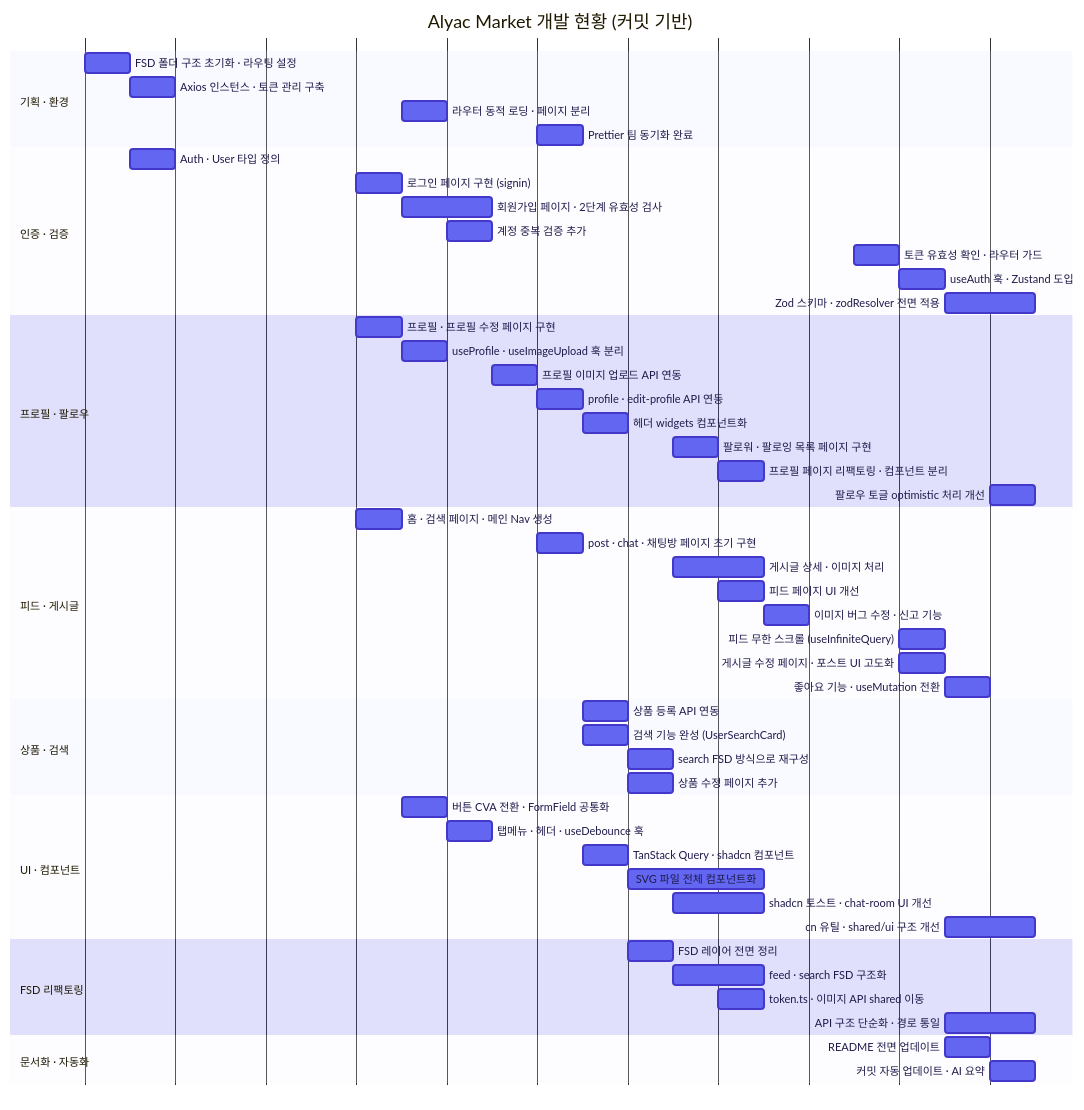
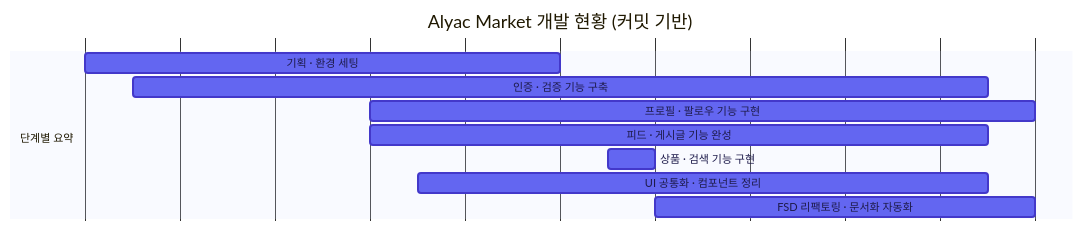
The first of 4 diagrams in README.md (3rd-project-team-1/ALYAC-market-team1), drawn with Mermaid before and after one commit.

Commit message:
docs: README 단계별 요약 섹션 추가 및 기존 내용 정리

````diff
--- a/README.md
+++ b/README.md
@@ -42,62 +42,12 @@
     dateFormat  YYYY-MM-DD
     axisFormat  %m/%d
 
-    section 기획 · 환경
-    FSD 폴더 구조 초기화 · 라우팅 설정     :done, g1, 2026-02-13, 1d
-    Axios 인스턴스 · 토큰 관리 구축        :done, g2, 2026-02-14, 1d
-    라우터 동적 로딩 · 페이지 분리         :done, g3, 2026-02-20, 1d
-    Prettier 팀 동기화 완료               :done, g4, 2026-02-23, 1d
-
-    section 인증 · 검증
-    Auth · User 타입 정의                  :done, a1, 2026-02-14, 1d
-    로그인 페이지 구현 (signin)            :done, a2, 2026-02-19, 1d
-    회원가입 페이지 · 2단계 유효성 검사    :done, a3, 2026-02-20, 2d
-    계정 중복 검증 추가                   :done, a4, 2026-02-21, 1d
-    토큰 유효성 확인 · 라우터 가드        :done, a5, 2026-03-02, 1d
-    useAuth 훅 · Zustand 도입             :done, a6, 2026-03-03, 1d
-    Zod 스키마 · zodResolver 전면 적용    :done, a7, 2026-03-04, 2d
-
-    section 프로필 · 팔로우
-    프로필 · 프로필 수정 페이지 구현      :done, p1, 2026-02-19, 1d
-    useProfile · useImageUpload 훅 분리  :done, p2, 2026-02-20, 1d
-    프로필 이미지 업로드 API 연동         :done, p3, 2026-02-22, 1d
-    profile · edit-profile API 연동      :done, p4, 2026-02-23, 1d
-    헤더 widgets 컴포넌트화              :done, p5, 2026-02-24, 1d
-    팔로워 · 팔로잉 목록 페이지 구현     :done, p6, 2026-02-26, 1d
-    프로필 페이지 리팩토링 · 컴포넌트 분리:done, p7, 2026-02-27, 1d
-    팔로우 토글 optimistic 처리 개선     :done, p8, 2026-03-05, 1d
-
-    section 피드 · 게시글
-    홈 · 검색 페이지 · 메인 Nav 생성     :done, f1, 2026-02-19, 1d
-    post · chat · 채팅방 페이지 초기 구현:done, f2, 2026-02-23, 1d
-    게시글 상세 · 이미지 처리            :done, f3, 2026-02-26, 2d
-    피드 페이지 UI 개선                  :done, f4, 2026-02-27, 1d
-    이미지 버그 수정 · 신고 기능         :done, f5, 2026-02-28, 1d
-    피드 무한 스크롤 (useInfiniteQuery)  :done, f6, 2026-03-03, 1d
-    게시글 수정 페이지 · 포스트 UI 고도화:done, f7, 2026-03-03, 1d
-    좋아요 기능 · useMutation 전환       :done, f8, 2026-03-04, 1d
-
-    section 상품 · 검색
-    상품 등록 API 연동                   :done, s1, 2026-02-24, 1d
-    검색 기능 완성 (UserSearchCard)      :done, s2, 2026-02-24, 1d
-    search FSD 방식으로 재구성           :done, s3, 2026-02-25, 1d
-    상품 수정 페이지 추가                :done, s4, 2026-02-25, 1d
-
-    section UI · 컴포넌트
-    버튼 CVA 전환 · FormField 공통화     :done, u1, 2026-02-20, 1d
-    탭메뉴 · 헤더 · useDebounce 훅      :done, u2, 2026-02-21, 1d
-    TanStack Query · shadcn 컴포넌트    :done, u3, 2026-02-24, 1d
-    SVG 파일 전체 컴포넌트화            :done, u4, 2026-02-25, 3d
-    shadcn 토스트 · chat-room UI 개선   :done, u5, 2026-02-26, 2d
-    cn 유틸 · shared/ui 구조 개선       :done, u6, 2026-03-04, 2d
-
-    section FSD 리팩토링
-    FSD 레이어 전면 정리                 :done, r1, 2026-02-25, 1d
-    feed · search FSD 구조화           :done, r2, 2026-02-26, 2d
-    token.ts · 이미지 API shared 이동  :done, r3, 2026-02-27, 1d
-    API 구조 단순화 · 경로 통일         :done, r4, 2026-03-04, 2d
-
-    section 문서화 · 자동화
-    README 전면 업데이트                 :done, d1, 2026-03-04, 1d
-    커밋 자동 업데이트 · AI 요약         :done, d2, 2026-03-05, 1d
+  section 단계별 요약
+  기획 · 환경 세팅                      :done, m1, 2026-02-13, 2026-02-23
+  인증 · 검증 기능 구축                 :done, m2, 2026-02-14, 2026-03-04
+  프로필 · 팔로우 기능 구현             :done, m3, 2026-02-19, 2026-03-05
+  피드 · 게시글 기능 완성               :done, m4, 2026-02-19, 2026-03-04
+  상품 · 검색 기능 구현                 :done, m5, 2026-02-24, 2026-02-25
+  UI 공통화 · 컴포넌트 정리             :done, m6, 2026-02-20, 2026-03-04
+  FSD 리팩토링 · 문서화 자동화          :done, m7, 2026-02-25, 2026-03-05
 ```
````
